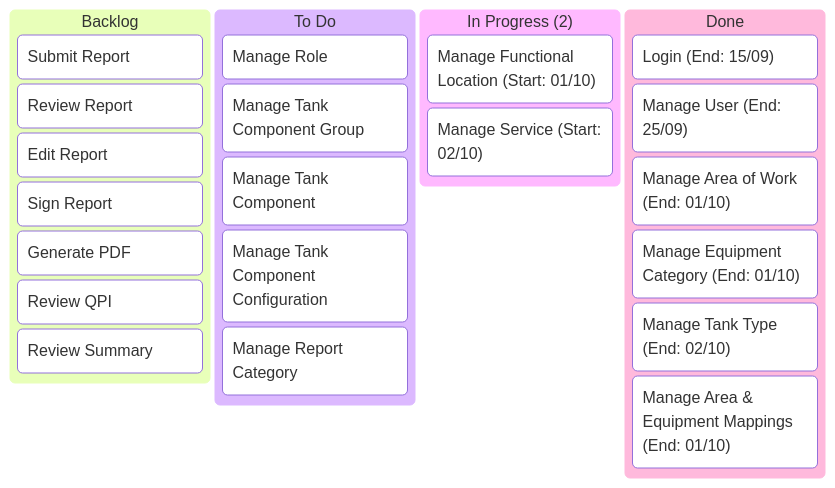
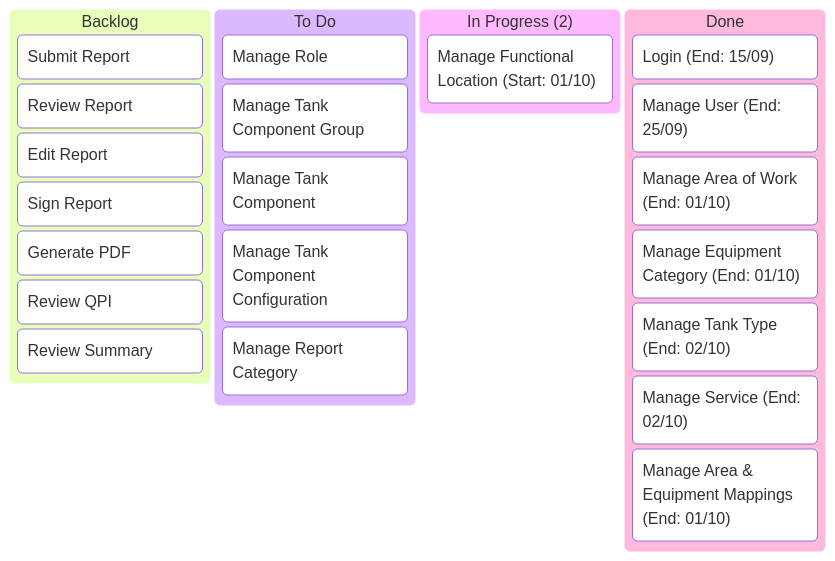
The diagram in Kanban/02-Kanban.md (billdansr/kanban-boc-om), drawn with Mermaid before and after one commit. The commit also changed 1 other file, not shown here.

Commit message:
vault backup: 2025-10-02 09:11:27
Manage Service end in 02/10

````diff
--- a/Kanban/02-Kanban.md
+++ b/Kanban/02-Kanban.md
@@ -3,31 +3,31 @@
 ```mermaid
 kanban
   backlog[Backlog]
 	  b2[Submit Report]
 	  b3[Review Report]
 	  b4[Edit Report]
 	  b5[Sign Report]
 	  b6[Generate PDF]
 	  b7[Review QPI]
 	  b8[Review Summary]
 
   todo[To Do]
 	  t10[Manage Role]
 	  
 	  t16[Manage Tank Component Group]
 	  t17[Manage Tank Component]
 	  t18[Manage Tank Component Configuration]
 	  t19[Manage Report Category]
 
   inprogress["In Progress (2)"]
 	  i13["Manage Functional Location (Start: 01/10)"]
-	  t15["Manage Service (Start: 02/10)"]
 
   done[Done]
 	  d1["Login (End: 15/09)"]
 	  d9["Manage User (End: 25/09)"]
 	  d11["Manage Area of Work (End: 01/10)"]
 	  d12["Manage Equipment Category (End: 01/10)"]
 	  d14["Manage Tank Type (End: 02/10)"]
+	  d15["Manage Service (End: 02/10)"]
 	  d20["Manage Area & Equipment Mappings (End: 01/10)"]
 ```
````
